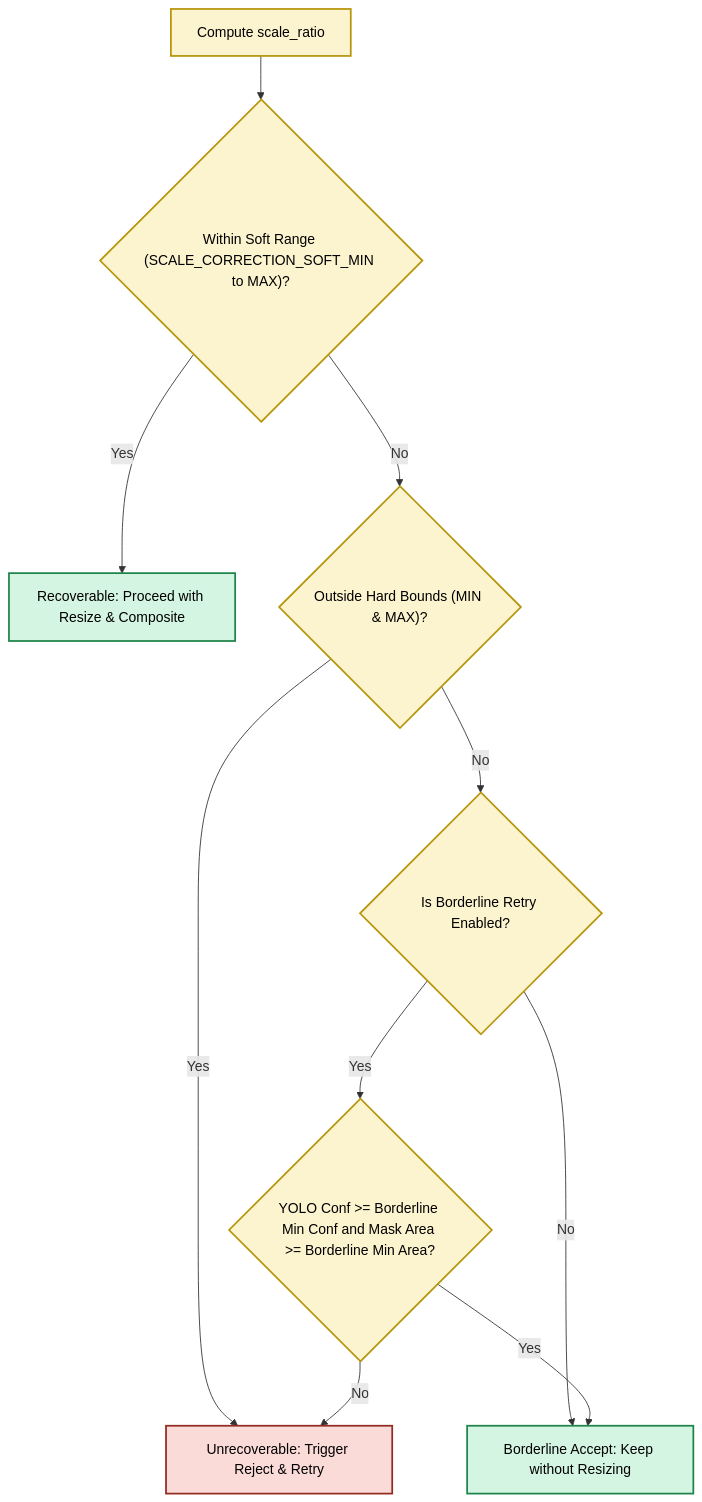
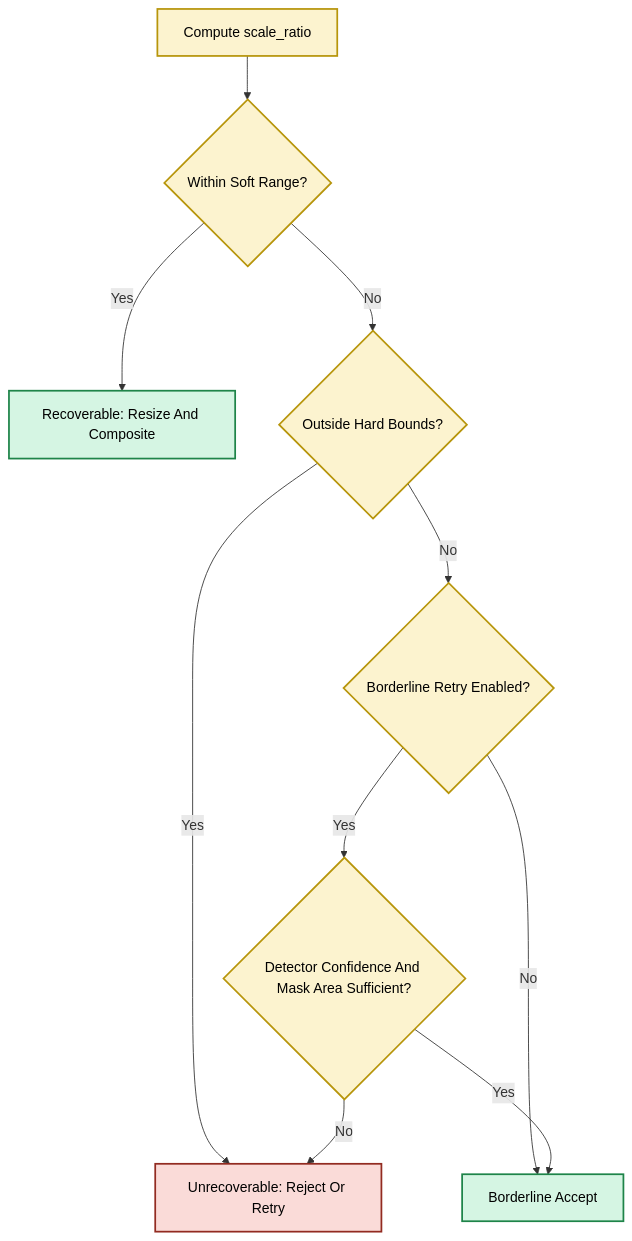
The second of 2 diagrams in docs/work-flow.md (BDT-17/VIN), drawn with Mermaid before and after one commit. The commit also changed other lines of this file and 5 other files, not shown here.

````diff
--- a/docs/work-flow.md
+++ b/docs/work-flow.md
@@ -91,29 +92,23 @@
 ```mermaid
 flowchart TD
 
-%% =====================================================
-%% DECISION PROCESS
-%% =====================================================
-A["Compute scale_ratio"] --> B{"Within Soft Range (SCALE_CORRECTION_SOFT_MIN to MAX)?"}
-B -- "Yes" --> C["Recoverable: Proceed with Resize & Composite"]
+A["Compute scale_ratio"] --> B{"Within Soft Range?"}
+B -- "Yes" --> C["Recoverable: Resize And Composite"]
 
-B -- "No" --> D{"Outside Hard Bounds (MIN & MAX)?"}
-D -- "Yes" --> E["Unrecoverable: Trigger Reject & Retry"]
+B -- "No" --> D{"Outside Hard Bounds?"}
+D -- "Yes" --> E["Unrecoverable: Reject Or Retry"]
 
-D -- "No" --> F{"Is Borderline Retry Enabled?"}
-F -- "No" --> G["Borderline Accept: Keep without Resizing"]
-F -- "Yes" --> H{"YOLO Conf >= Borderline Min Conf and Mask Area >= Borderline Min Area?"}
+D -- "No" --> F{"Borderline Retry Enabled?"}
+F -- "No" --> G["Borderline Accept"]
+F -- "Yes" --> H{"Detector Confidence And Mask Area Sufficient?"}
 H -- "Yes" --> G
 H -- "No" --> E
 
-%% =====================================================
-%% STYLING
-%% =====================================================
 classDef decision fill:#FCF3CF,color:#000000,stroke:#B7950B,stroke-width:2px
 classDef action fill:#D5F5E3,color:#000000,stroke:#1E8449,stroke-width:2px
 classDef reject fill:#FADBD8,color:#000000,stroke:#922B21,stroke-width:2px
 
 class A,B,D,F,H decision
 class C,G action
 class E reject
 ```
````
